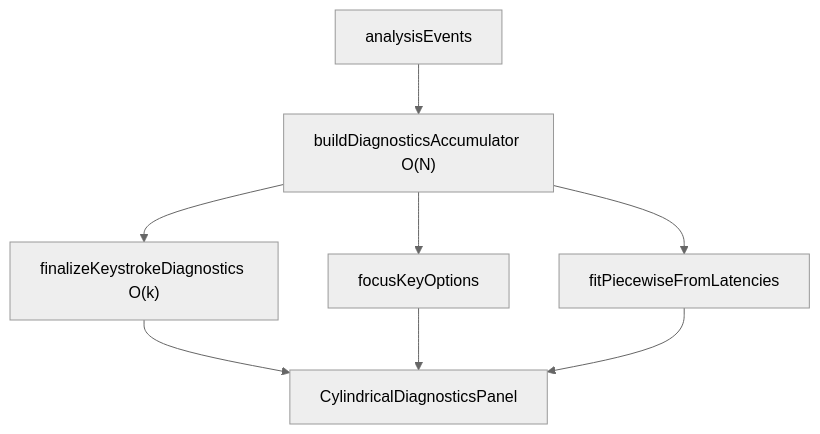
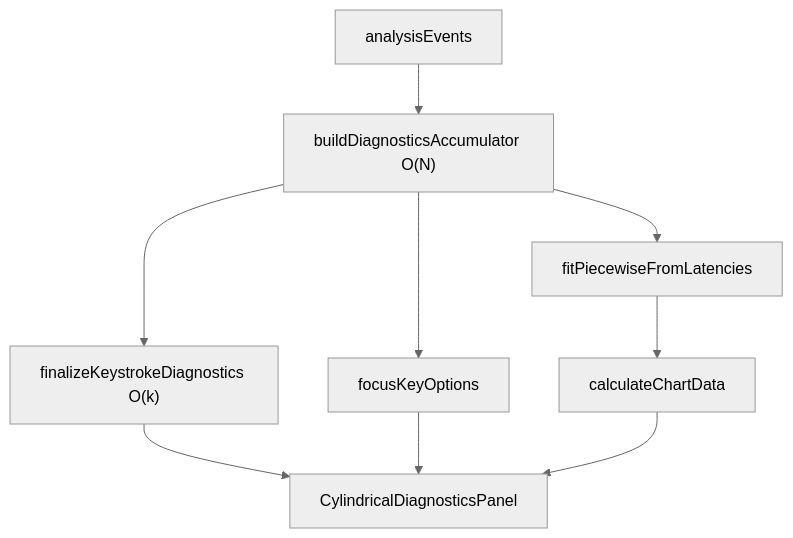
Before and after one commit to JSkutor/typediag: the first of 4 diagrams in docs/DIAGNOSTICS.md, drawn with Mermaid (neutral theme). The commit also changed other lines of this file and 29 other files, not shown here.

````diff
--- a/docs/DIAGNOSTICS.md
+++ b/docs/DIAGNOSTICS.md
@@ -42,11 +48,12 @@
 ```mermaid
 flowchart TD
     Events["analysisEvents"]
     Events --> Acc["buildDiagnosticsAccumulator O(N)"]
     Acc --> FKOpt["focusKeyOptions"]
     Acc --> PW["fitPiecewiseFromLatencies"]
+    PW --> Chart["calculateChartData"]
     Acc --> Fin["finalizeKeystrokeDiagnostics O(k)"]
     Fin --> Panel["CylindricalDiagnosticsPanel"]
     FKOpt --> Panel
-    PW --> Panel
+    Chart --> Panel
 ```
````
